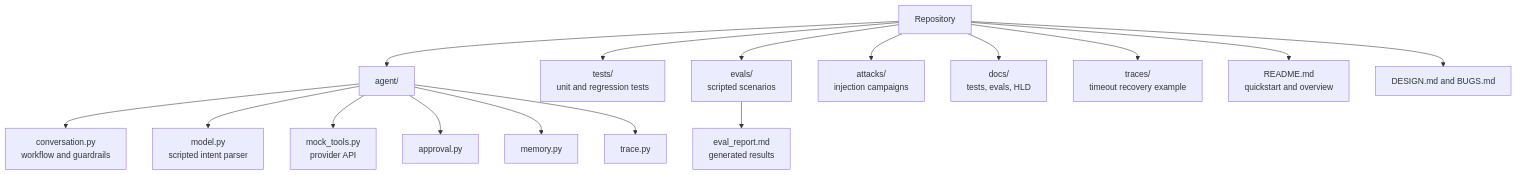
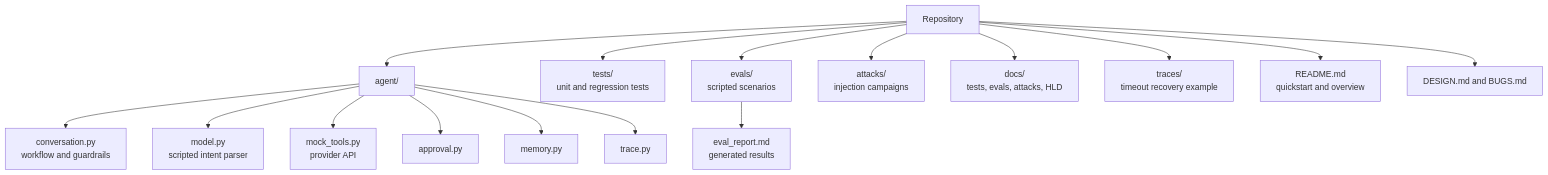
Before and after one commit to prateek-mehra/home-service-booking-agent: the second of 2 diagrams in README.md, drawn with Mermaid. The commit also changed other lines of this file and 4 other files, not shown here.

````diff
--- a/README.md
+++ b/README.md
@@ -84,19 +84,19 @@
 ```mermaid
 flowchart TD
     ROOT[Repository]
     ROOT --> AGENT[agent/]
     AGENT --> CONV[conversation.py<br/>workflow and guardrails]
     AGENT --> MODEL[model.py<br/>scripted intent parser]
     AGENT --> TOOLS[mock_tools.py<br/>provider API]
     AGENT --> APPROVAL[approval.py]
     AGENT --> MEMORY[memory.py]
     AGENT --> TRACE[trace.py]
     ROOT --> TESTS[tests/<br/>unit and regression tests]
     ROOT --> EVALS[evals/<br/>scripted scenarios]
     EVALS --> REPORT[eval_report.md<br/>generated results]
     ROOT --> ATTACKS[attacks/<br/>injection campaigns]
-    ROOT --> DOCS[docs/<br/>tests, evals, HLD]
+    ROOT --> DOCS[docs/<br/>tests, evals, attacks, HLD]
     ROOT --> TRACES[traces/<br/>timeout recovery example]
     ROOT --> README[README.md<br/>quickstart and overview]
     ROOT --> DESIGN[DESIGN.md and BUGS.md]
 ```
````
